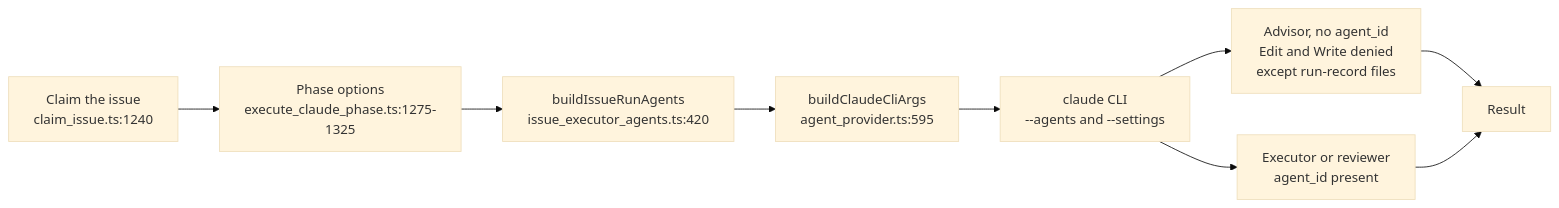
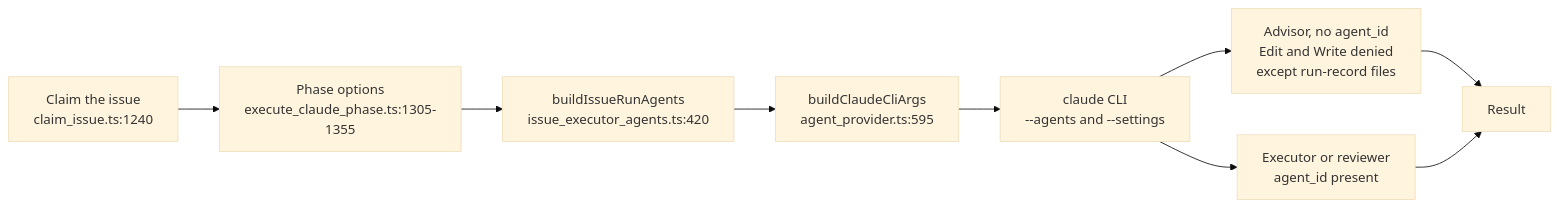
One commit to stSoftwareAU/VibeCoder changed the first of 3 diagrams in docs/MANAGER-WORKER-CONTRACT.md. Above: the diagram before and after it, drawn with Mermaid (base theme). The commit also changed other lines of this file and 4 other files, not shown here.

````diff
--- a/docs/MANAGER-WORKER-CONTRACT.md
+++ b/docs/MANAGER-WORKER-CONTRACT.md
@@ -233,11 +233,11 @@
 ```mermaid
 flowchart LR
-  A["Claim the issue<br/>claim_issue.ts:1240"] --> B["Phase options<br/>execute_claude_phase.ts:1275-1325"]
+  A["Claim the issue<br/>claim_issue.ts:1240"] --> B["Phase options<br/>execute_claude_phase.ts:1305-1355"]
   B --> C["buildIssueRunAgents<br/>issue_executor_agents.ts:420"]
   C --> D["buildClaudeCliArgs<br/>agent_provider.ts:595"]
   D --> E["claude CLI<br/>--agents and --settings"]
   E --> F["Advisor, no agent_id<br/>Edit and Write denied<br/>except run-record files"]
   E --> G["Executor or reviewer<br/>agent_id present"]
   F --> H["Result"]
   G --> H
 ```
````
